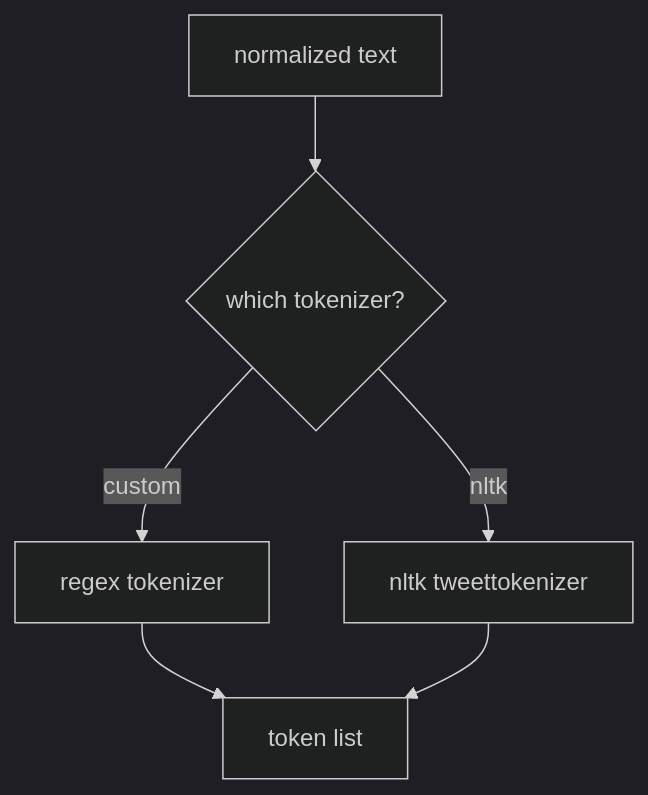
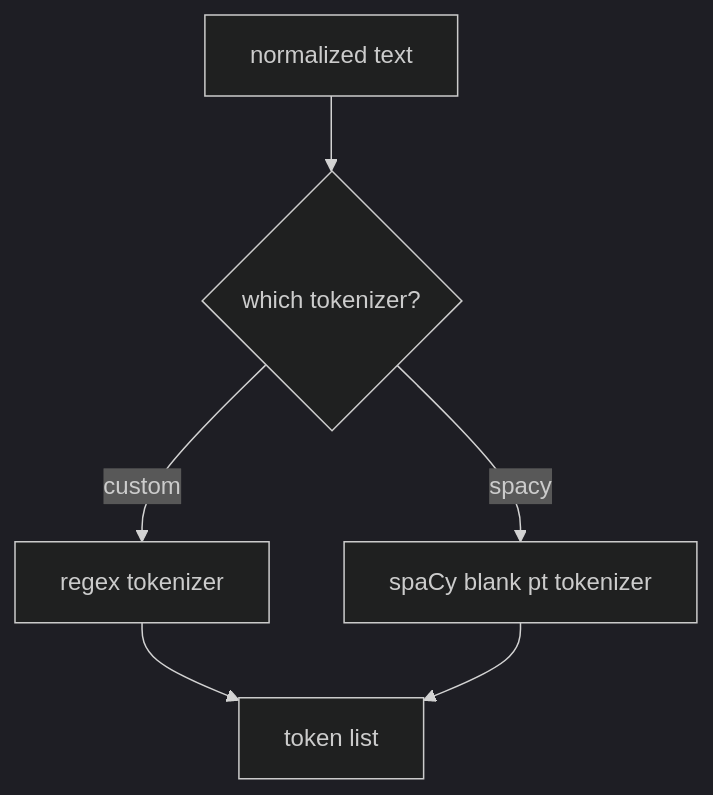
One commit to vicmcorrea/PLN-core changed the second of 6 diagrams in docs/methodology.md. Above: the diagram before and after it, drawn with Mermaid (dark theme). The commit also changed other lines of this file and 10 other files, not shown here.

````diff
--- a/docs/methodology.md
+++ b/docs/methodology.md
@@ -120,8 +134,8 @@
 ```mermaid
 flowchart TD
     A[normalized text] --> B{which tokenizer?}
     B -->|custom| C[regex tokenizer]
-    B -->|nltk| D[nltk tweettokenizer]
+    B -->|spacy| D[spaCy blank pt tokenizer]
     C --> E[token list]
     D --> E[token list]
 ```
````
